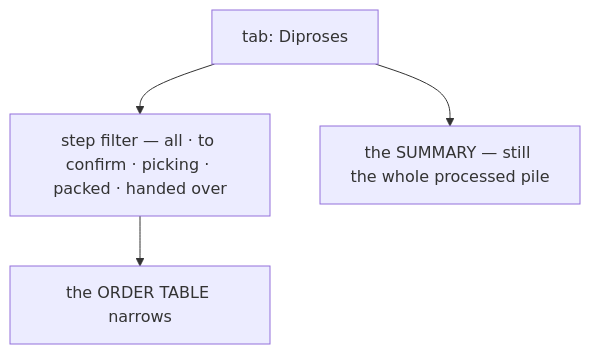
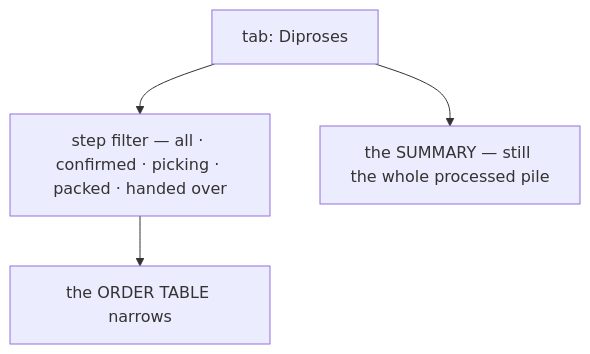
The third of 7 diagrams in docs/technical/order/design_clarify.md (pdcgo/warehouse_revamp), drawn with Mermaid before and after one commit. The commit also changed other lines of this file and 22 other files, not shown here.

````diff
--- a/docs/technical/order/design_clarify.md
+++ b/docs/technical/order/design_clarify.md
@@ -148,6 +148,6 @@
 ```mermaid
 flowchart TB
-  T["tab: Diproses"] --> F["step filter — all · to confirm · picking · packed · handed over"]
+  T["tab: Diproses"] --> F["step filter — all · confirmed · picking · packed · handed over"]
   F --> L["the ORDER TABLE narrows"]
   T --> S["the SUMMARY — still the whole processed pile"]
 ```
````
